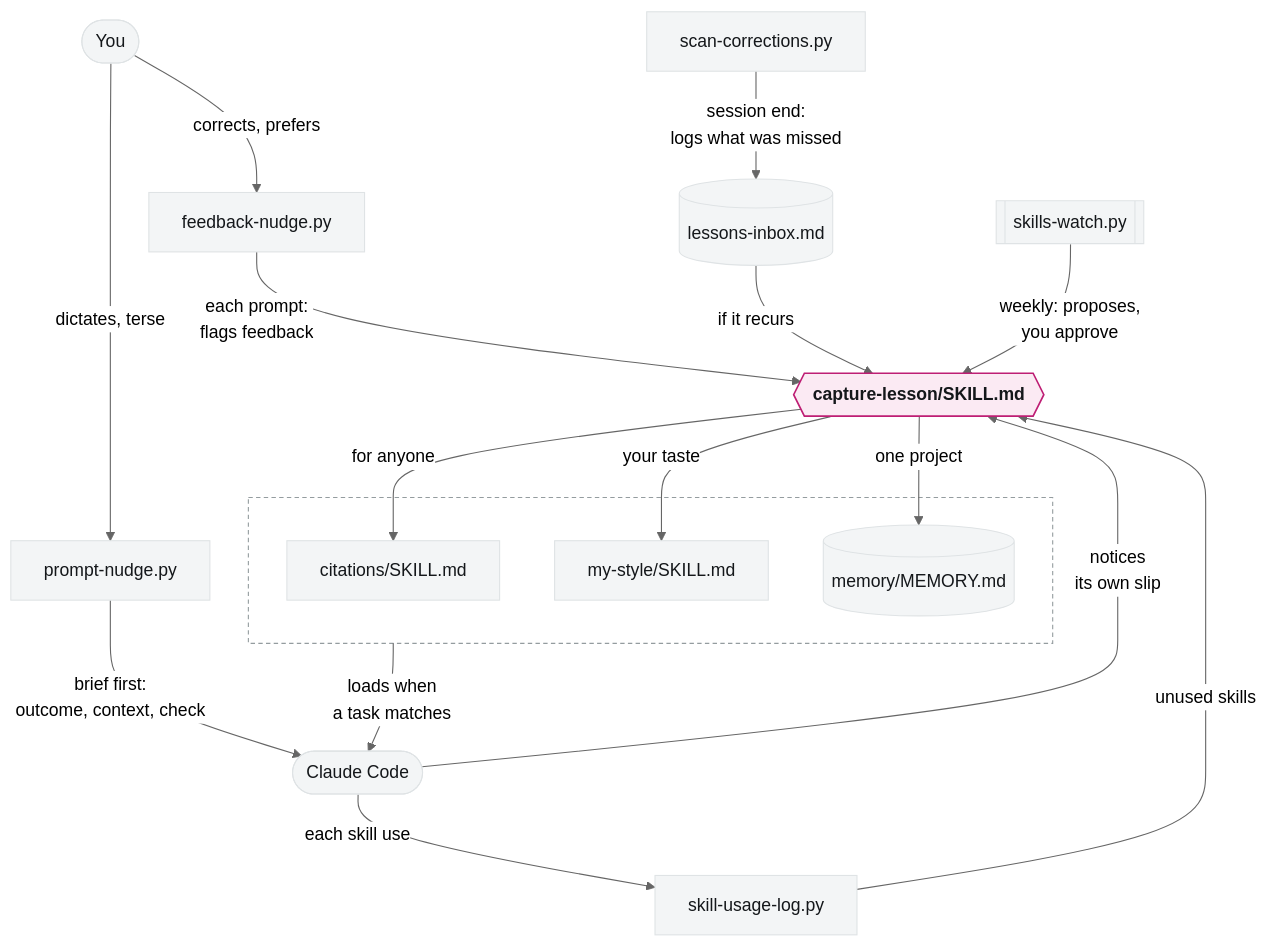
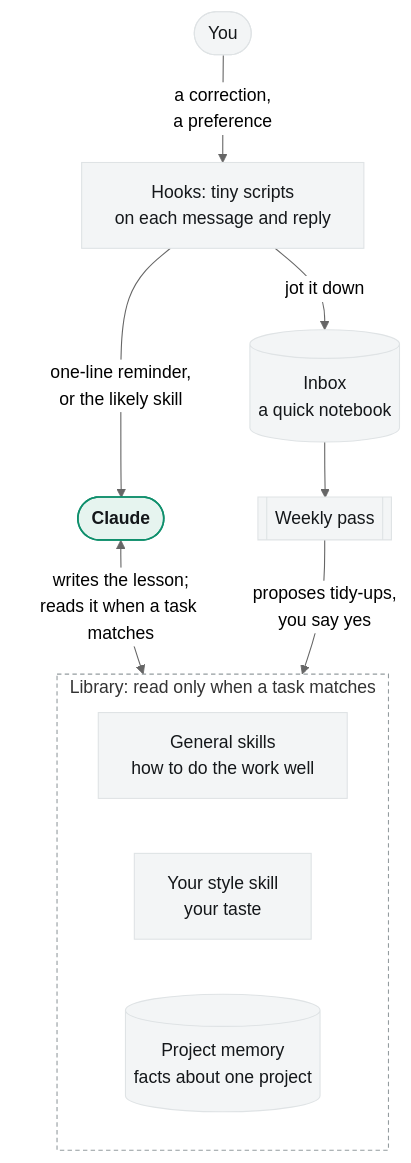
The diagram in README.md (kat-titter/claude-code-learns), drawn with Mermaid (neutral theme) before and after one commit. The commit also changed other lines of this file and 2 other files, not shown here.

First line of the commit message:
docs: a README a newcomer can read; capture-lesson rewritten plainly

````diff
--- a/README.md
+++ b/README.md
@@ -13,35 +74,23 @@
 ```mermaid
 flowchart TB
   you(["You"])
-  agent(["Claude Code"])
-  nudge["feedback-nudge.py"]
-  pnudge["prompt-nudge.py"]
-  scan["scan-corrections.py"]
-  inbox[("lessons-inbox.md")]
-  cap{{"capture-lesson/SKILL.md"}}
-  watch[["skills-watch.py"]]
-  usage["skill-usage-log.py"]
-  subgraph lib [" "]
-    general["citations/SKILL.md"]
-    taste["my-style/SKILL.md"]
-    memory[("memory/MEMORY.md")]
+  claude(["Claude"])
+  hooks["Hooks: tiny scripts<br/>on each message and reply"]
+  inbox[("Inbox<br/>a quick notebook")]
+  watch[["Weekly pass"]]
+  subgraph lib ["Library: read only when a task matches"]
+    general["General skills<br/>how to do the work well"]
+    taste["Your style skill<br/>your taste"]
+    memory[("Project memory<br/>facts about one project")]
   end
-  you -->|"corrects, prefers"| nudge
-  nudge -->|"each prompt:<br/>flags feedback"| cap
-  you -->|"dictates, terse"| pnudge
-  pnudge -->|"brief first:<br/>outcome, context, check"| agent
-  agent -->|"notices<br/>its own slip"| cap
-  scan -->|"session end:<br/>logs what was missed"| inbox
-  inbox -->|"if it recurs"| cap
-  cap -->|"for anyone"| general
-  cap -->|"your taste"| taste
-  cap -->|"one project"| memory
-  lib -->|"loads when<br/>a task matches"| agent
-  watch -->|"weekly: proposes,<br/>you approve"| cap
-  agent -->|"each skill use"| usage
-  usage -->|"unused skills"| cap
+  you -->|"a correction,<br/>a preference"| hooks
+  hooks -->|"one-line reminder,<br/>or the likely skill"| claude
+  hooks -->|"jot it down"| inbox
+  claude <-->|"writes the lesson;<br/>reads it when a task matches"| lib
+  inbox --> watch
+  watch -->|"proposes tidy-ups,<br/>you say yes"| lib
   classDef default fill:#f3f5f6,stroke:#dfe3e5,color:#14171a
-  classDef core fill:#fbeaf3,stroke:#be1e74,stroke-width:1.5px,color:#14171a,font-weight:bold
-  class cap core
+  classDef core fill:#e6f4ef,stroke:#0f8f6c,stroke-width:1.5px,color:#14171a,font-weight:bold
+  class claude core
   style lib fill:none,stroke:#949c9f,stroke-dasharray:4 3
 ```
````
